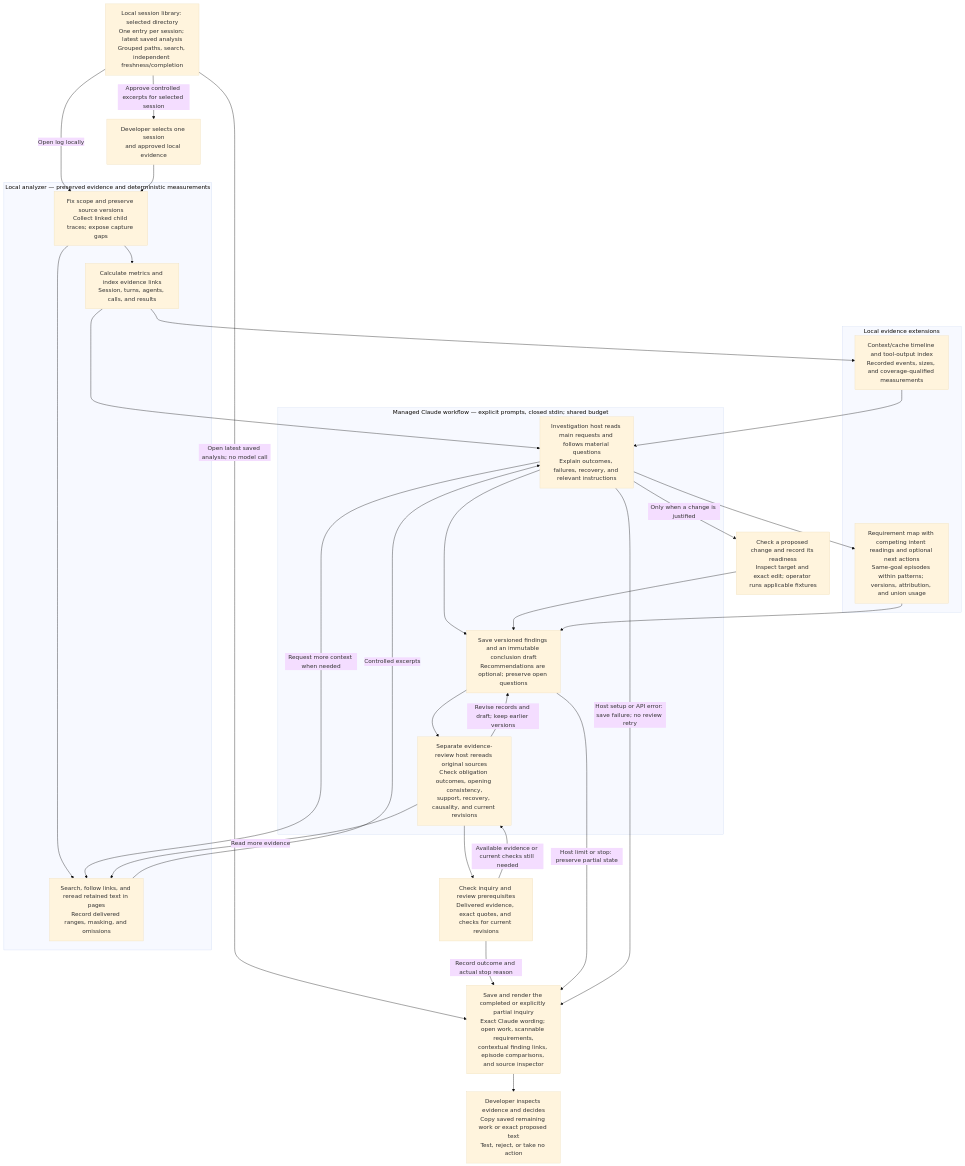
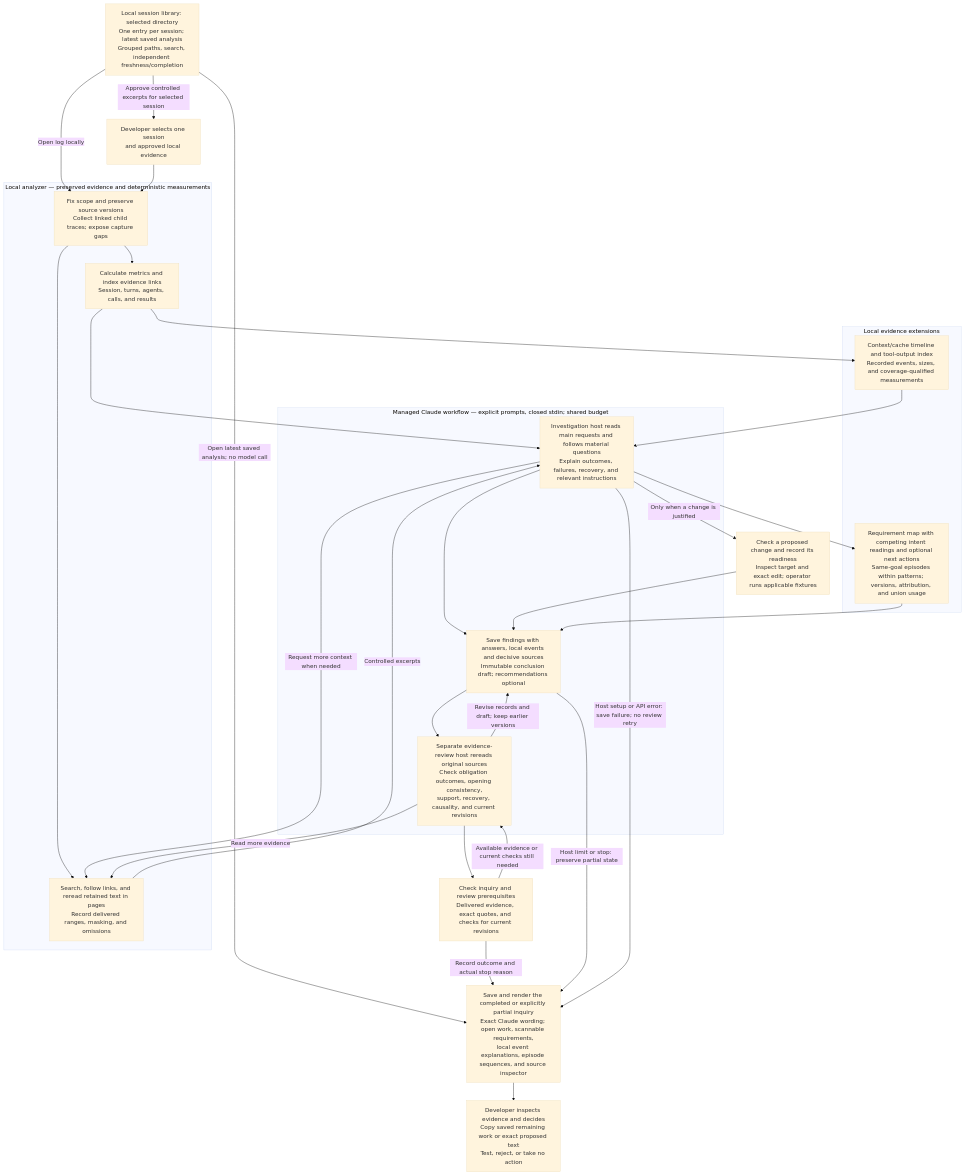
The diagram in docs/session-analyzer-system.mmd (Dhravidk/session-analyzer), drawn with Mermaid (base theme) before and after one commit. The commit also changed 9 other files, not shown here.

```diff
--- a/docs/session-analyzer-system.mmd
+++ b/docs/session-analyzer-system.mmd
@@ -1,51 +1,51 @@
 flowchart TB
     U["Developer selects one session<br/>and approved local evidence"]
 
     subgraph LOCAL["Local analyzer — preserved evidence and deterministic measurements"]
         S["Fix scope and preserve source versions<br/>Collect linked child traces; expose capture gaps"]
         M["Calculate metrics and index evidence links<br/>Session, turns, agents, calls, and results"]
         R["Search, follow links, and reread retained text in pages<br/>Record delivered ranges, masking, and omissions"]
     end
 
     subgraph CLAUDE["Managed Claude workflow — explicit prompts, closed stdin; shared budget"]
         I["Investigation host reads main requests and follows material questions<br/>Explain outcomes, failures, recovery, and relevant instructions"]
-        D["Save versioned findings and an immutable conclusion draft<br/>Recommendations are optional; preserve open questions"]
+        D["Save findings with answers, local events and decisive sources<br/>Immutable conclusion draft; recommendations optional"]
         J["Separate evidence-review host rereads original sources<br/>Check obligation outcomes, opening consistency,<br/>support, recovery, causality, and current revisions"]
     end
 
     subgraph EVIDENCE["Local evidence extensions"]
         X["Context/cache timeline and tool-output index<br/>Recorded events, sizes, and coverage-qualified measurements"]
         T["Requirement map with competing intent readings and optional next actions<br/>Same-goal episodes within patterns; versions, attribution, and union usage"]
     end
 
     V["Check a proposed change and record its readiness<br/>Inspect target and exact edit; operator runs applicable fixtures"]
     C["Check inquiry and review prerequisites<br/>Delivered evidence, exact quotes, and checks for current revisions"]
-    F["Save and render the completed or explicitly partial inquiry<br/>Exact Claude wording; open work, scannable requirements,<br/>contextual finding links, episode comparisons, and source inspector"]
+    F["Save and render the completed or explicitly partial inquiry<br/>Exact Claude wording; open work, scannable requirements,<br/>local event explanations, episode sequences, and source inspector"]
     H["Developer inspects evidence and decides<br/>Copy saved remaining work or exact proposed text<br/>Test, reject, or take no action"]
 
     B["Local session library: selected directory<br/>One entry per session; latest saved analysis<br/>Grouped paths, search, independent freshness/completion"]
     B -->|"Open log locally"| S
     B -->|"Open latest saved analysis; no model call"| F
     B -->|"Approve controlled excerpts for selected session"| U
     U --> S
     S --> M
     S --> R
     M --> I
     R -->|"Controlled excerpts"| I
     I -->|"Request more context when needed"| R
     I --> D
     I -->|"Only when a change is justified"| V
     V --> D
     D --> J
     J -->|"Read more evidence"| R
     J -->|"Revise records and draft; keep earlier versions"| D
     J --> C
     C -->|"Available evidence or current checks still needed"| J
     C -->|"Record outcome and actual stop reason"| F
     D -->|"Host limit or stop: preserve partial state"| F
     I -->|"Host setup or API error: save failure; no review retry"| F
     F --> H
     M --> X
     X --> I
     I --> T
     T --> D
```
